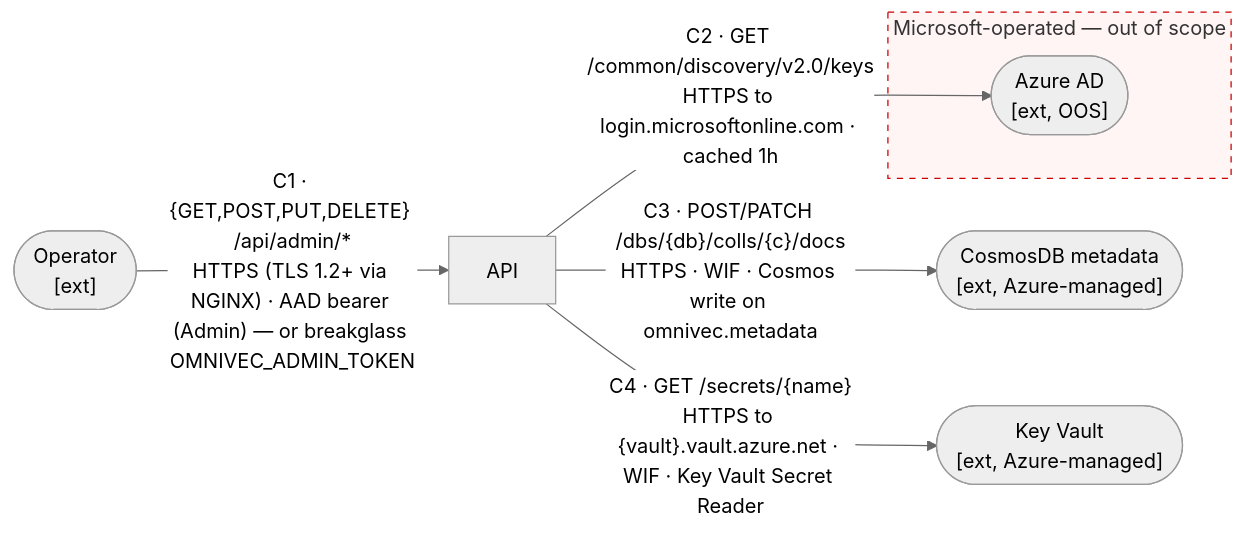
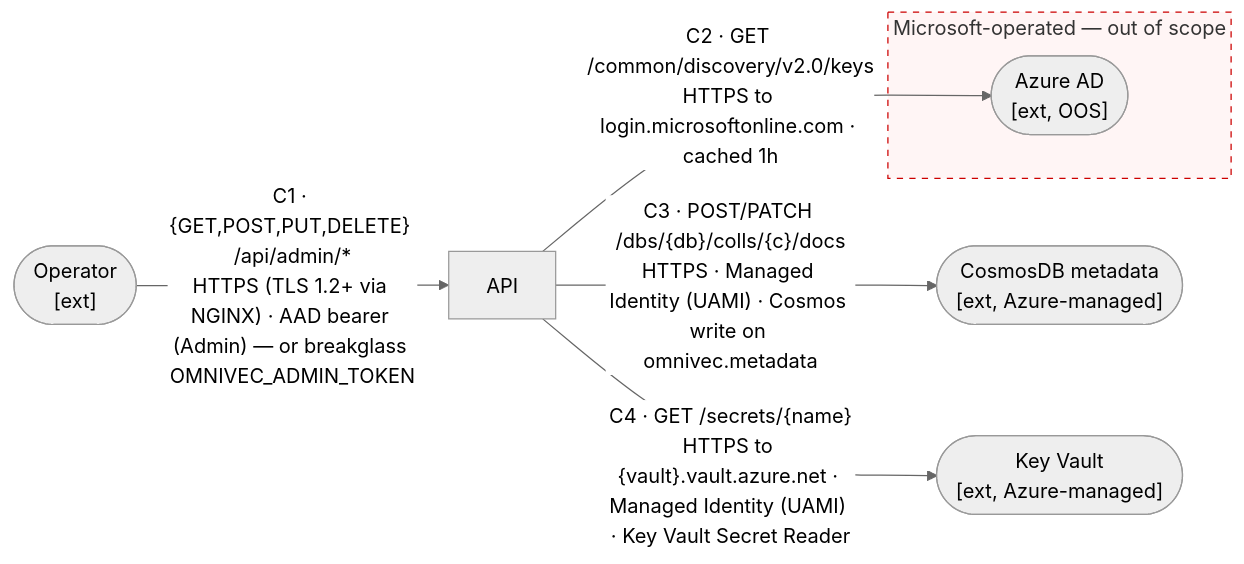
The fourth of 6 diagrams in docs/security/threat-model.md (AzureCosmosDB/OmniVec), drawn with Mermaid (neutral theme) before and after one commit. The commit also changed other lines of this file and 2 other files, not shown here.

First line of the commit message:
security(threat-model): add Scenario D (service-app search via searchIngress) + T-SRCH-2; rename WIF -> Managed Identity (UAMI)

````diff
--- a/docs/security/threat-model.md
+++ b/docs/security/threat-model.md
@@ -220,19 +220,19 @@
 ```mermaid
 flowchart LR
   admin(["Operator<br/>[ext]"])
 
   subgraph msft["Microsoft-operated — out of scope"]
     aad(["Azure AD<br/>[ext, OOS]"])
   end
 
   api["API"]
   cmeta(["CosmosDB metadata<br/>[ext, Azure-managed]"])
   kv(["Key Vault<br/>[ext, Azure-managed]"])
 
   admin -->|"C1 · {GET,POST,PUT,DELETE} /api/admin/*<br/>HTTPS (TLS 1.2+ via NGINX) · AAD bearer (Admin) — or breakglass OMNIVEC_ADMIN_TOKEN"| api
   api -->|"C2 · GET /common/discovery/v2.0/keys<br/>HTTPS to login.microsoftonline.com · cached 1h"| aad
-  api -->|"C3 · POST/PATCH /dbs/{db}/colls/{c}/docs<br/>HTTPS · WIF · Cosmos write on omnivec.metadata"| cmeta
-  api -->|"C4 · GET /secrets/{name}<br/>HTTPS to {vault}.vault.azure.net · WIF · Key Vault Secret Reader"| kv
+  api -->|"C3 · POST/PATCH /dbs/{db}/colls/{c}/docs<br/>HTTPS · Managed Identity (UAMI) · Cosmos write on omnivec.metadata"| cmeta
+  api -->|"C4 · GET /secrets/{name}<br/>HTTPS to {vault}.vault.azure.net · Managed Identity (UAMI) · Key Vault Secret Reader"| kv
 
   style msft fill:#fff5f5,stroke:#c00,stroke-dasharray: 5 5
 ```
````
